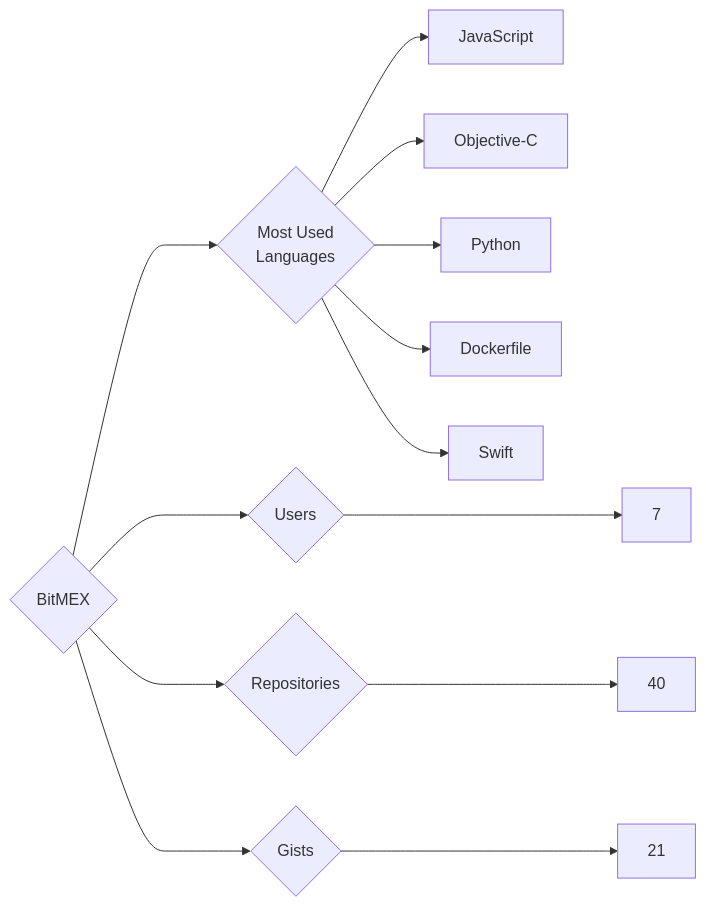
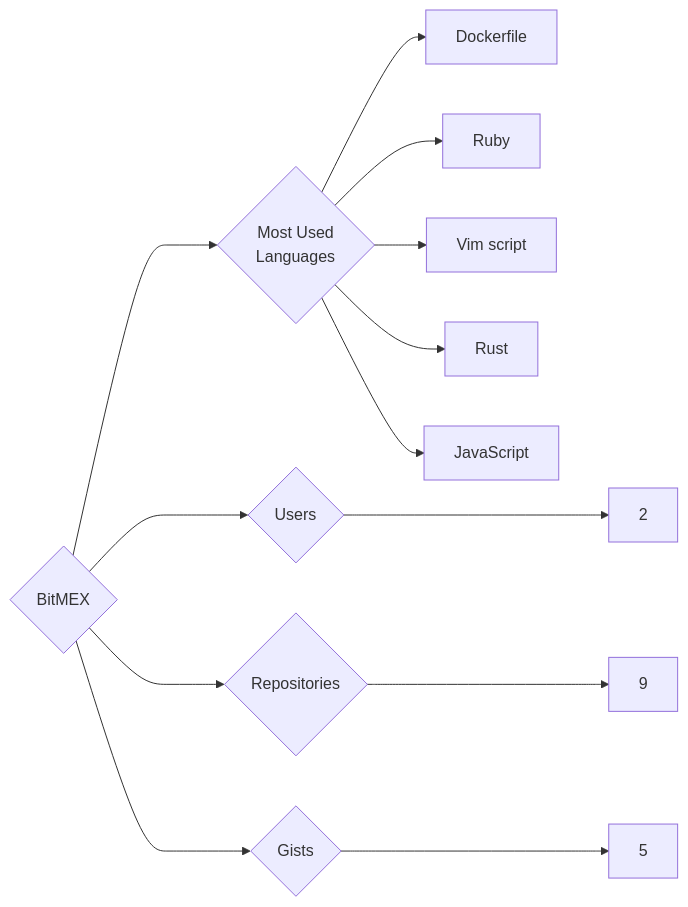
One commit to trickest/insiders changed the diagram in targets/BitMEX/README.md. Above: the diagram before and after it, drawn with Mermaid. The commit also changed 861 other files, not shown here.

````diff
--- a/targets/BitMEX/README.md
+++ b/targets/BitMEX/README.md
@@ -3,13 +3,13 @@
 ```mermaid
 graph LR
 COMPANY_NAME{BitMEX}
-COMPANY_NAME ---> U{Users} ---> UN[7]
-COMPANY_NAME ---> R{Repositories} ---> RN[40]
-COMPANY_NAME ---> G{Gists} ---> GN[21]
+COMPANY_NAME ---> U{Users} ---> UN[2]
+COMPANY_NAME ---> R{Repositories} ---> RN[9]
+COMPANY_NAME ---> G{Gists} ---> GN[5]
 COMPANY_NAME ---> ML{Most Used<br>Languages}
+ML --> Dockerfile[Dockerfile]
+ML --> Ruby[Ruby]
+ML --> Vim_script[Vim script]
+ML --> Rust[Rust]
 ML --> JavaScript[JavaScript]
-ML --> Objective-C[Objective-C]
-ML --> Python[Python]
-ML --> Dockerfile[Dockerfile]
-ML --> Swift[Swift]
 ```
````
